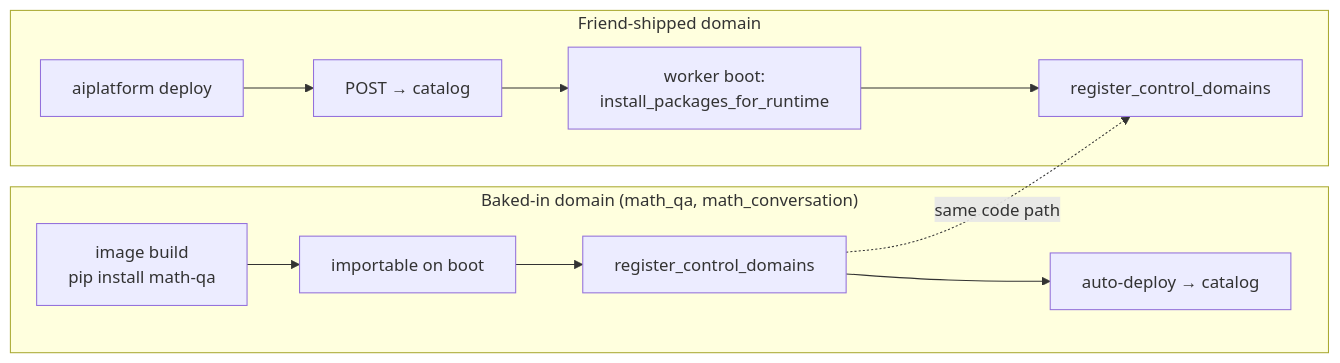
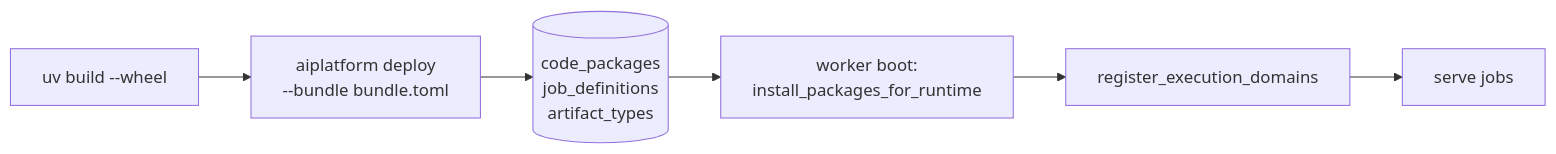
One commit to sepoul/ai-platform changed the sixth of 6 diagrams in docs/architecture.md. Above: the diagram before and after it, drawn with Mermaid. The commit also changed other lines of this file and 6 other files, not shown here.

````diff
--- a/docs/architecture.md
+++ b/docs/architecture.md
@@ -305,16 +312,8 @@
 ```mermaid
 graph LR
-    subgraph baked["Baked-in domain (math_qa, math_conversation)"]
-        BImg[image build<br/>pip install math-qa] --> BInst[importable on boot]
-        BInst --> BReg[register_control_domains]
-        BReg --> BAuto[auto-deploy → catalog]
-    end
-
-    subgraph friend["Friend-shipped domain"]
-        FCLI[aiplatform deploy] --> FCat[POST → catalog]
-        FCat --> FInst[worker boot:<br/>install_packages_for_runtime]
-        FInst --> FReg[register_control_domains]
-    end
-
-    BReg -.same code path.-> FReg
+    Build[uv build --wheel] --> Deploy[aiplatform deploy<br/>--bundle bundle.toml]
+    Deploy --> Cat[(code_packages<br/>job_definitions<br/>artifact_types)]
+    Cat --> Worker[worker boot:<br/>install_packages_for_runtime]
+    Worker --> Reg[register_execution_domains]
+    Reg --> Serve[serve jobs]
 ```
````
